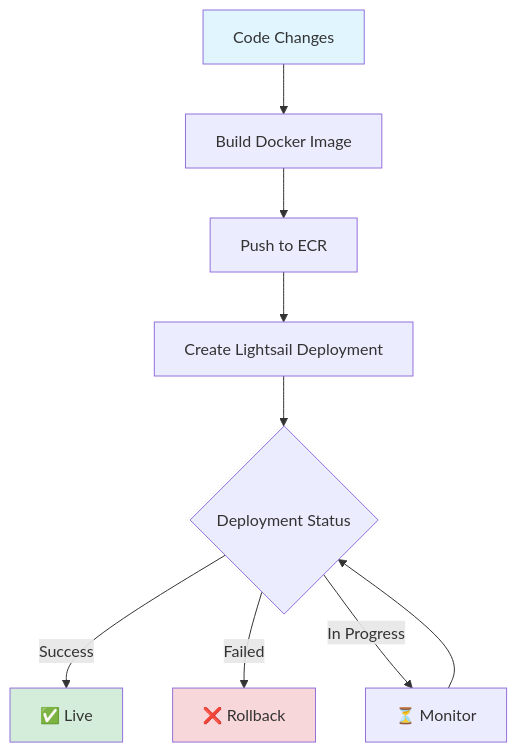
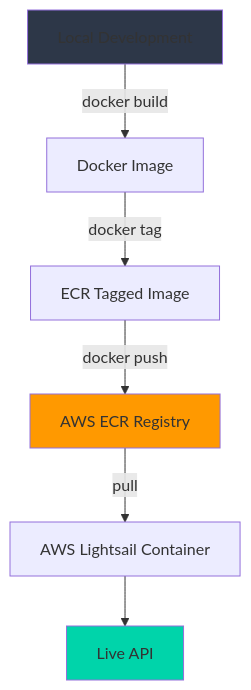
One commit to mattlittle16/Weather.Api changed the third of 3 diagrams in README.md. Above: the diagram before and after it, drawn with Mermaid. The commit also changed other lines of this file and 3 other files, not shown here.

````diff
--- a/README.md
+++ b/README.md
@@ -138,15 +207,12 @@
 ```mermaid
 flowchart TD
-    A[Code Changes] --> B[Build Docker Image]
-    B --> C[Push to ECR]
-    C --> D[Create Lightsail Deployment]
-    D --> E{Deployment Status}
-    E -->|Success| F[✅ Live]
-    E -->|Failed| G[❌ Rollback]
-    E -->|In Progress| H[⏳ Monitor]
-    H --> E
+    A[Local Development] -->|docker build| B[Docker Image]
+    B -->|docker tag| C[ECR Tagged Image]
+    C -->|docker push| D[AWS ECR Registry]
+    D -->|pull| E[AWS Lightsail Container]
+    E --> F[Live API]
     
-    style A fill:#e1f5ff
-    style F fill:#d4edda
-    style G fill:#f8d7da
+    style A fill:#2d3748
+    style D fill:#ff9900
+    style F fill:#00d4aa
 ```
````
